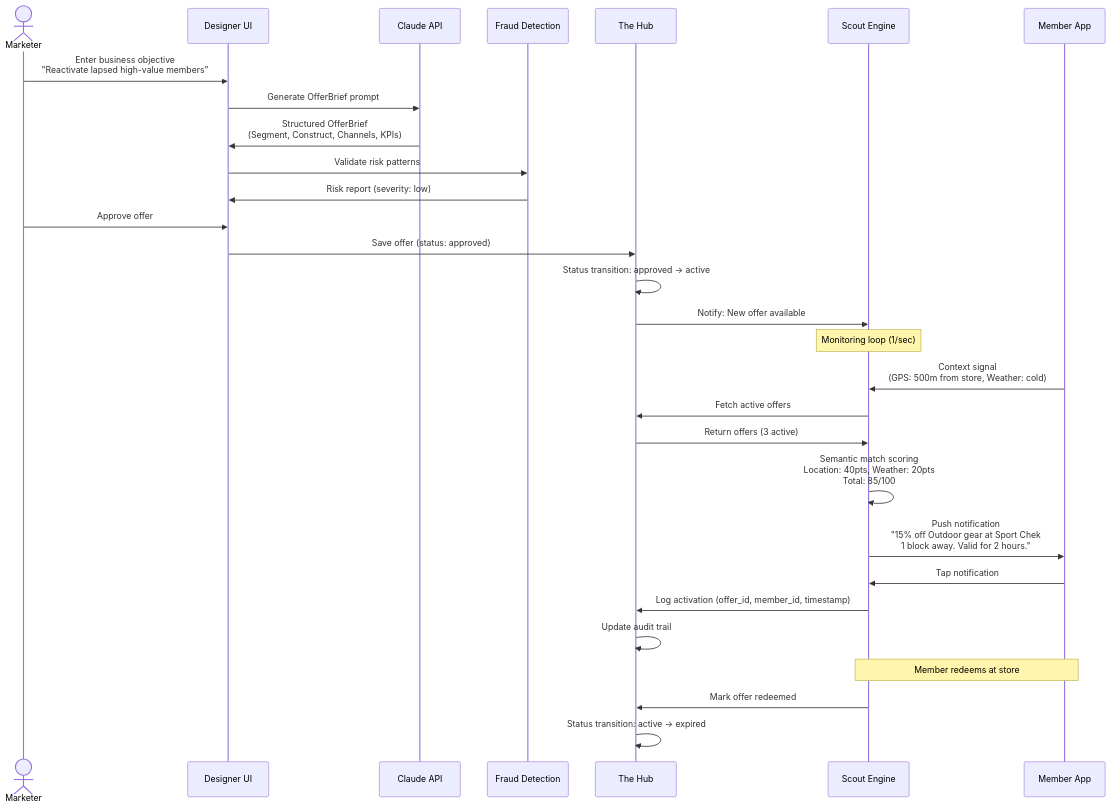
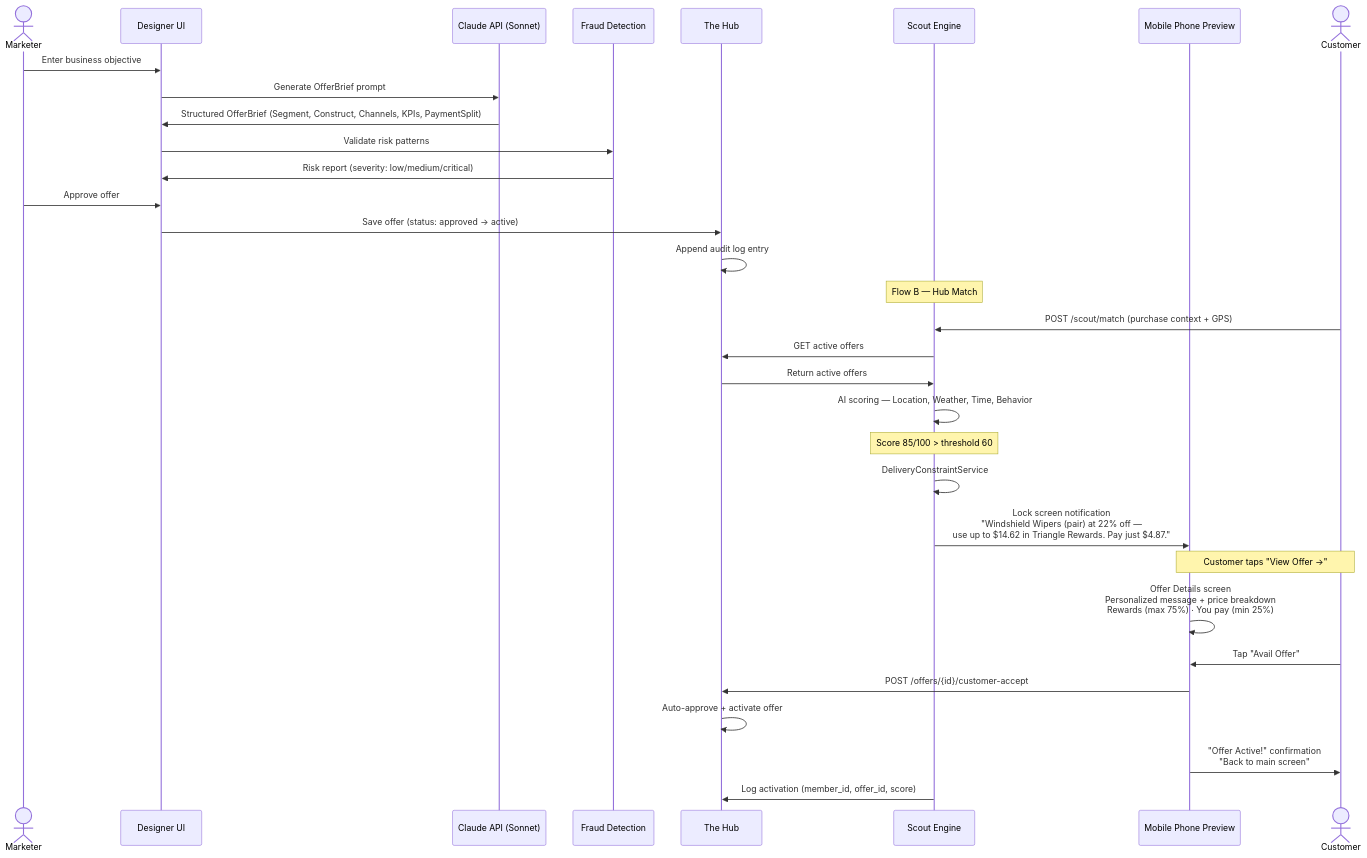
Before and after one commit to kartikey423/tristar: the second of 11 diagrams in docs/ARCHITECTURE.md, drawn with Mermaid. The commit also changed other lines of this file, not shown here.

Commit message:
docs: regenerate ARCHITECTURE.md v3.0 with phone preview flow, customer-accept, partner intelligence

````diff
--- a/docs/ARCHITECTURE.md
+++ b/docs/ARCHITECTURE.md
@@ -95,41 +111,43 @@
 ```mermaid
 sequenceDiagram
     actor Marketer
     participant Designer as Designer UI
-    participant Claude as Claude API
+    participant Claude as Claude API (Sonnet)
     participant FraudScan as Fraud Detection
     participant Hub as The Hub
     participant Scout as Scout Engine
-    participant Member as Member App
+    participant Phone as Mobile Phone Preview
+    actor Customer
 
-    Marketer->>Designer: Enter business objective<br/>"Reactivate lapsed high-value members"
+    Marketer->>Designer: Enter business objective
     Designer->>Claude: Generate OfferBrief prompt
-    Claude->>Designer: Structured OfferBrief<br/>(Segment, Construct, Channels, KPIs)
+    Claude->>Designer: Structured OfferBrief (Segment, Construct, Channels, KPIs, PaymentSplit)
 
     Designer->>FraudScan: Validate risk patterns
-    FraudScan->>Designer: Risk report (severity: low)
+    FraudScan->>Designer: Risk report (severity: low/medium/critical)
 
     Marketer->>Designer: Approve offer
-    Designer->>Hub: Save offer (status: approved)
-    Hub->>Hub: Status transition: approved → active
-    Hub->>Scout: Notify: New offer available
+    Designer->>Hub: Save offer (status: approved → active)
+    Hub->>Hub: Append audit log entry
 
-    Note over Scout: Monitoring loop (1/sec)
+    Note over Scout: Flow B — Hub Match
 
-    Member->>Scout: Context signal<br/>(GPS: 500m from store, Weather: cold)
-    Scout->>Hub: Fetch active offers
-    Hub->>Scout: Return offers (3 active)
+    Customer->>Scout: POST /scout/match (purchase context + GPS)
+    Scout->>Hub: GET active offers
+    Hub->>Scout: Return active offers
+    Scout->>Scout: AI scoring — Location, Weather, Time, Behavior
+    Note over Scout: Score 85/100 > threshold 60
 
-    Scout->>Scout: Semantic match scoring<br/>Location: 40pts, Weather: 20pts<br/>Total: 85/100
+    Scout->>Scout: DeliveryConstraintService
+    Scout->>Phone: Lock screen notification<br/>"Windshield Wipers (pair) at 22% off —<br/>use up to $14.62 in Triangle Rewards. Pay just $4.87."
 
-    Scout->>Member: Push notification<br/>"15% off Outdoor gear at Sport Chek<br/>1 block away. Valid for 2 hours."
+    Note over Phone,Customer: Customer taps "View Offer →"
 
-    Member->>Scout: Tap notification
-    Scout->>Hub: Log activation (offer_id, member_id, timestamp)
-    Hub->>Hub: Update audit trail
+    Phone->>Phone: Offer Details screen<br/>Personalized message + price breakdown<br/>Rewards (max 75%) · You pay (min 25%)
+    Customer->>Phone: Tap "Avail Offer"
+    Phone->>Hub: POST /offers/{id}/customer-accept
+    Hub->>Hub: Auto-approve + activate offer
+    Phone->>Customer: "Offer Active!" confirmation<br/>"Back to main screen"
 
-    Note over Member,Scout: Member redeems at store
-
-    Scout->>Hub: Mark offer redeemed
-    Hub->>Hub: Status transition: active → expired
+    Scout->>Hub: Log activation (member_id, offer_id, score)
 ```
````
